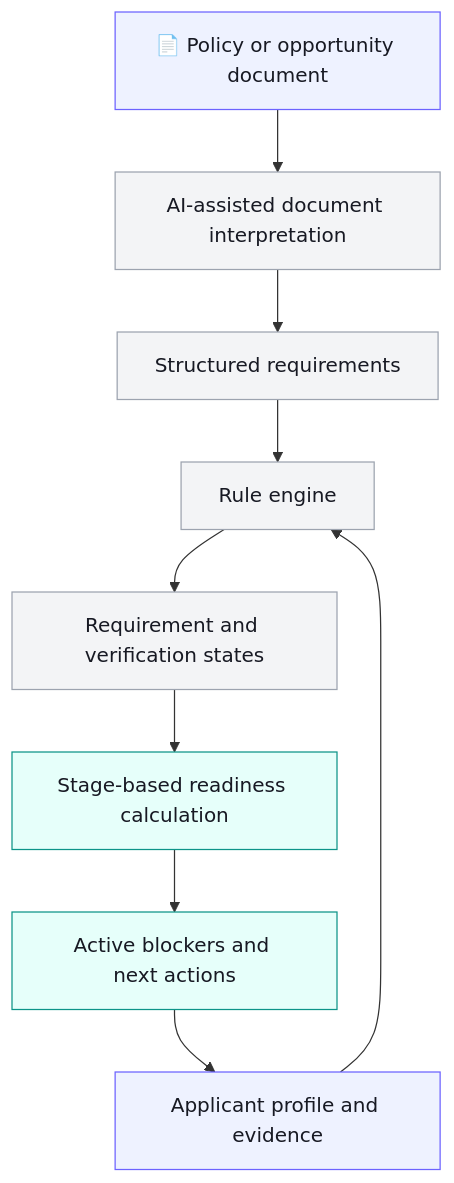
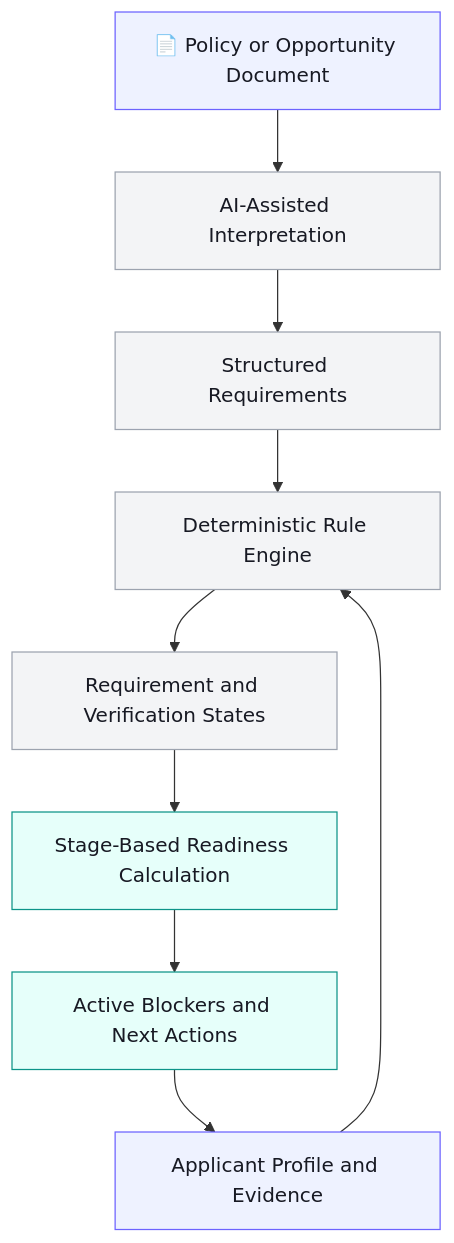
The diagram in README.md (utk-ver-supm-2005/FORMLESS), drawn with Mermaid before and after one commit. The commit also changed other lines of this file, not shown here.

````diff
--- a/README.md
+++ b/README.md
@@ -160,18 +108,20 @@
-``` mermaid
+```mermaid
 flowchart TD
-    A["📄 Policy or opportunity document"] --> B["AI-assisted document interpretation"]
-    B --> C["Structured requirements"]
-    D["Applicant profile and evidence"] --> E["Rule engine"]
+    A["📄 Policy or Opportunity Document"] --> B["AI-Assisted Interpretation"]
+    B --> C["Structured Requirements"]
+    D["Applicant Profile and Evidence"] --> E["Deterministic Rule Engine"]
     C --> E
-    E --> F["Requirement and verification states"]
-    F --> G["Stage-based readiness calculation"]
-    G --> H["Active blockers and next actions"]
+    E --> F["Requirement and Verification States"]
+    F --> G["Stage-Based Readiness Calculation"]
+    G --> H["Active Blockers and Next Actions"]
     H --> D
 
-    classDef input fill:#eef2ff,stroke:#6c63ff,color:#171923
-    classDef process fill:#f3f4f6,stroke:#9ca3af,color:#171923
-    classDef output fill:#e6fffa,stroke:#0d9488,color:#171923
-    class A,D input
-    class B,C,E,F process
-    class G,H output
+    style A fill:#eef2ff,stroke:#6c63ff,color:#171923
+    style D fill:#eef2ff,stroke:#6c63ff,color:#171923
+    style B fill:#f3f4f6,stroke:#9ca3af,color:#171923
+    style C fill:#f3f4f6,stroke:#9ca3af,color:#171923
+    style E fill:#f3f4f6,stroke:#9ca3af,color:#171923
+    style F fill:#f3f4f6,stroke:#9ca3af,color:#171923
+    style G fill:#e6fffa,stroke:#0d9488,color:#171923
+    style H fill:#e6fffa,stroke:#0d9488,color:#171923
 ```
````
